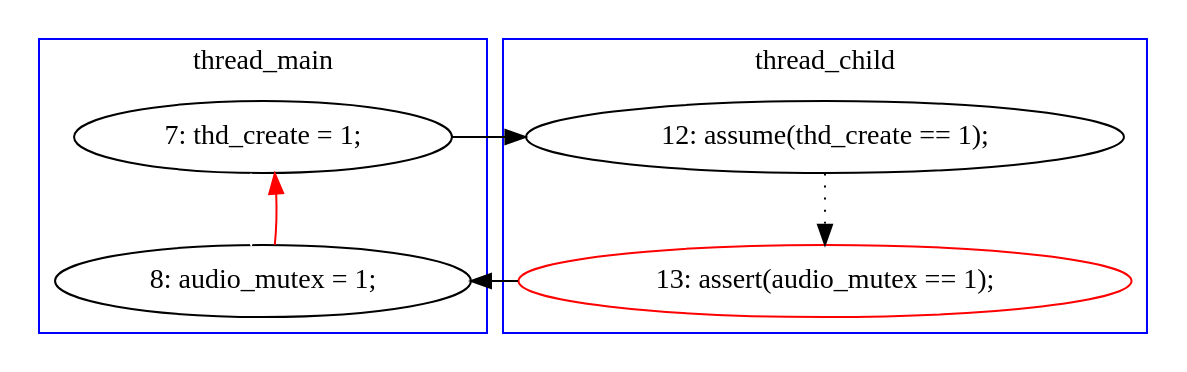
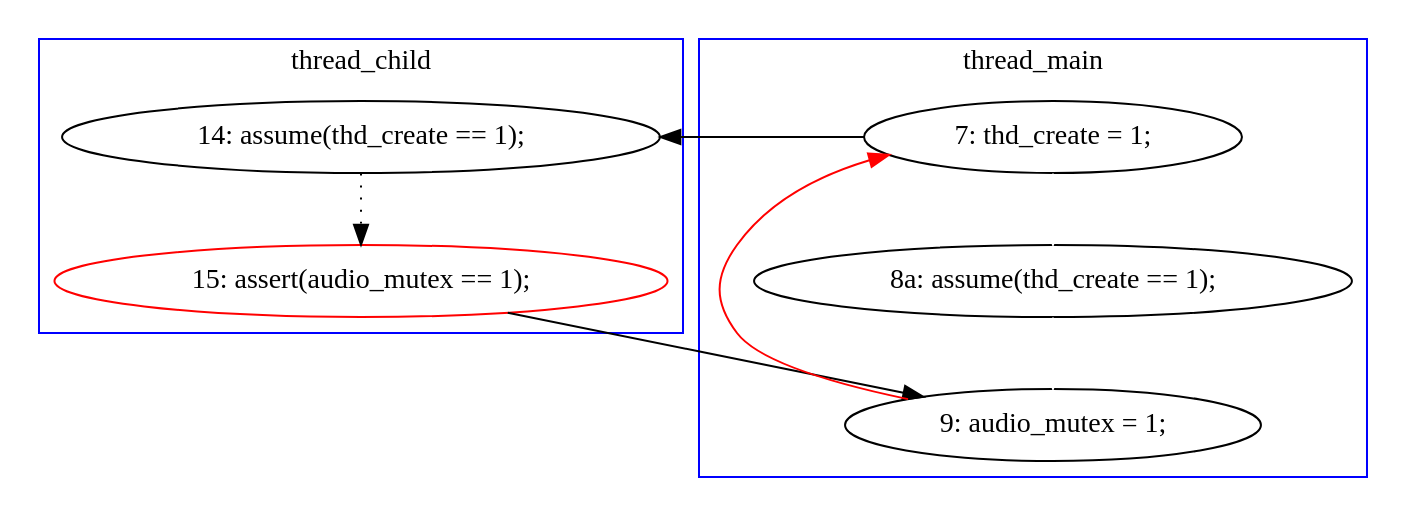
One commit to hylhp/cav14-model changed the diagram in zsnes.mixed/B-1-graph-sol-1.dot. Above: the diagram before and after it, drawn with Graphviz. The commit also changed 19 other files, not shown here.

```diff
--- a/zsnes.mixed/B-1-graph-sol-1.dot
+++ b/zsnes.mixed/B-1-graph-sol-1.dot
@@ -1,19 +1,21 @@
 digraph Counterexample {
-	9 -> 5 [color = red, style = solid, constraint = false]
-	7 -> 8 [color = black, style = dotted]
-	8 -> 9 [color = black, style = solid, constraint = false]
-	5 -> 7 [color = black, style = solid, constraint = false]
-	5 -> 9 [color = white, style = solid]
+	9 -> 10 [color = black, style = dotted]
+	14 -> 7 [color = red, style = solid, constraint = false]
+	11 -> 14 [color = white, style = solid]
+	10 -> 14 [color = black, style = solid, constraint = false]
+	7 -> 11 [color = white, style = solid]
+	7 -> 9 [color = black, style = solid, constraint = false]
 	subgraph cluster2 {
 		label = thread_child
 		color = blue
-		8  [label = "13: assert(audio_mutex == 1);", color = red]
-		7  [label = "12: assume(thd_create == 1);"]
+		9  [label = "14: assume(thd_create == 1);"]
+		10  [label = "15: assert(audio_mutex == 1);", color = red]
 	}
 	subgraph cluster1 {
 		label = thread_main
 		color = blue
-		9  [label = "8: audio_mutex = 1;"]
-		5  [label = "7: thd_create = 1;"]
+		7  [label = "7: thd_create = 1;"]
+		11  [label = "8a: assume(thd_create == 1);"]
+		14  [label = "9: audio_mutex = 1;"]
 	}
 }
```
